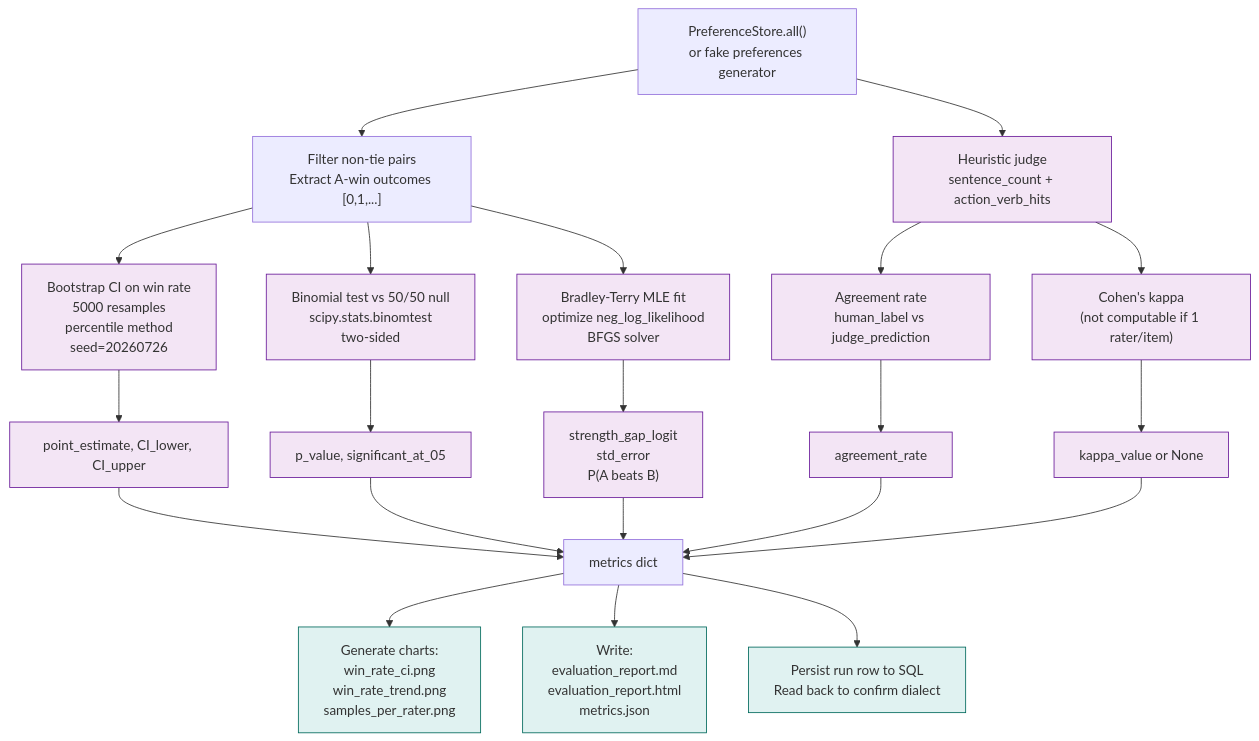
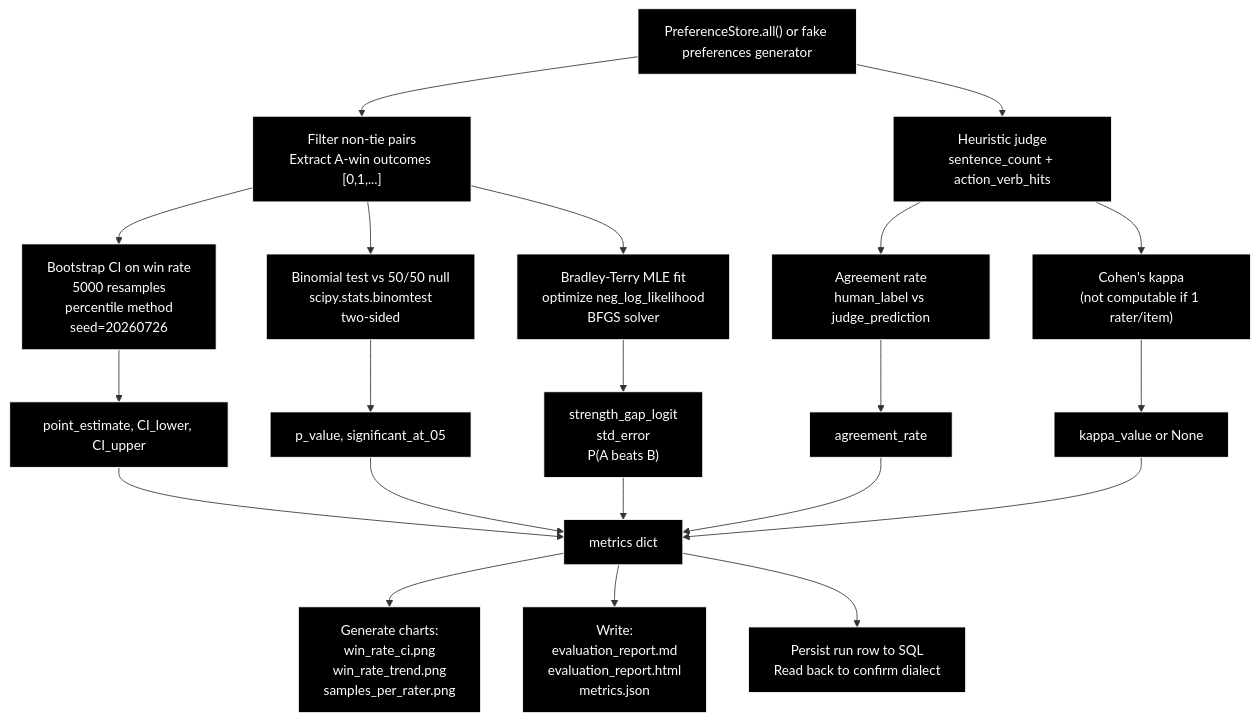
One commit to Hasan26ozcan/Script-Supervisor changed the ninth of 16 diagrams in docs/TECHNICAL_DIAGRAMS.md. Above: the diagram before and after it, drawn with Mermaid. The commit also changed other lines of this file and 1 other file, not shown here.

Commit message:
update technical diagram

````diff
--- a/docs/TECHNICAL_DIAGRAMS.md
+++ b/docs/TECHNICAL_DIAGRAMS.md
@@ -510,36 +491,32 @@
 ```mermaid
 flowchart TD
-    RAW_DATA["PreferenceStore.all()<br/>or fake preferences generator"] --> PREP["Filter non-tie pairs<br/>Extract A-win outcomes [0,1,...]"]
+    RAW_DATA["PreferenceStore.all() or fake preferences generator"] --> PREP["Filter non-tie pairs<br/>Extract A-win outcomes [0,1,...]"]
 
     PREP --> BOOTSTRAP["Bootstrap CI on win rate<br/>5000 resamples<br/>percentile method<br/>seed=20260726"]
     PREP --> BINOMIAL["Binomial test vs 50/50 null<br/>scipy.stats.binomtest<br/>two-sided"]
 
     PREP --> BT_FIT["Bradley-Terry MLE fit<br/>optimize neg_log_likelihood<br/>BFGS solver"]
 
     RAW_DATA --> HEURISTIC["Heuristic judge<br/>sentence_count + action_verb_hits"]
     HEURISTIC --> AGREEMENT["Agreement rate<br/>human_label vs judge_prediction"]
     HEURISTIC --> KAPPA["Cohen's kappa<br/>(not computable if 1 rater/item)"]
 
     BOOTSTRAP --> POINT_CI["point_estimate, CI_lower, CI_upper"]
     BINOMIAL --> PVAL["p_value, significant_at_05"]
     BT_FIT --> STRENGTH["strength_gap_logit<br/>std_error<br/>P(A beats B)"]
 
     AGREEMENT --> ACC["agreement_rate"]
     KAPPA --> KAP["kappa_value or None"]
 
     POINT_CI --> METRICS["metrics dict"]
     PVAL --> METRICS
     STRENGTH --> METRICS
     ACC --> METRICS
     KAP --> METRICS
 
     METRICS --> CHARTS["Generate charts:<br/>win_rate_ci.png<br/>win_rate_trend.png<br/>samples_per_rater.png"]
     METRICS --> REPORTS["Write:<br/>evaluation_report.md<br/>evaluation_report.html<br/>metrics.json"]
     METRICS --> PERSIST["Persist run row to SQL<br/>Read back to confirm dialect"]
 
-    classDef transform fill:#f3e5f5,stroke:#6a1b9a,stroke-width:1px;
-    class BOOTSTRAP,BINOMIAL,BT_FIT,HEURISTIC,AGREEMENT,KAPPA,POINT_CI,PVAL,STRENGTH,ACC,KAP transform;
-
-    classDef output fill:#e0f2f1,stroke:#00695c,stroke-width:1px;
-    class CHARTS,REPORTS,PERSIST output;
+    classDef default fill:#000000,stroke:#ffffff,stroke-width:1px,color:#ffffff
 ```
````
